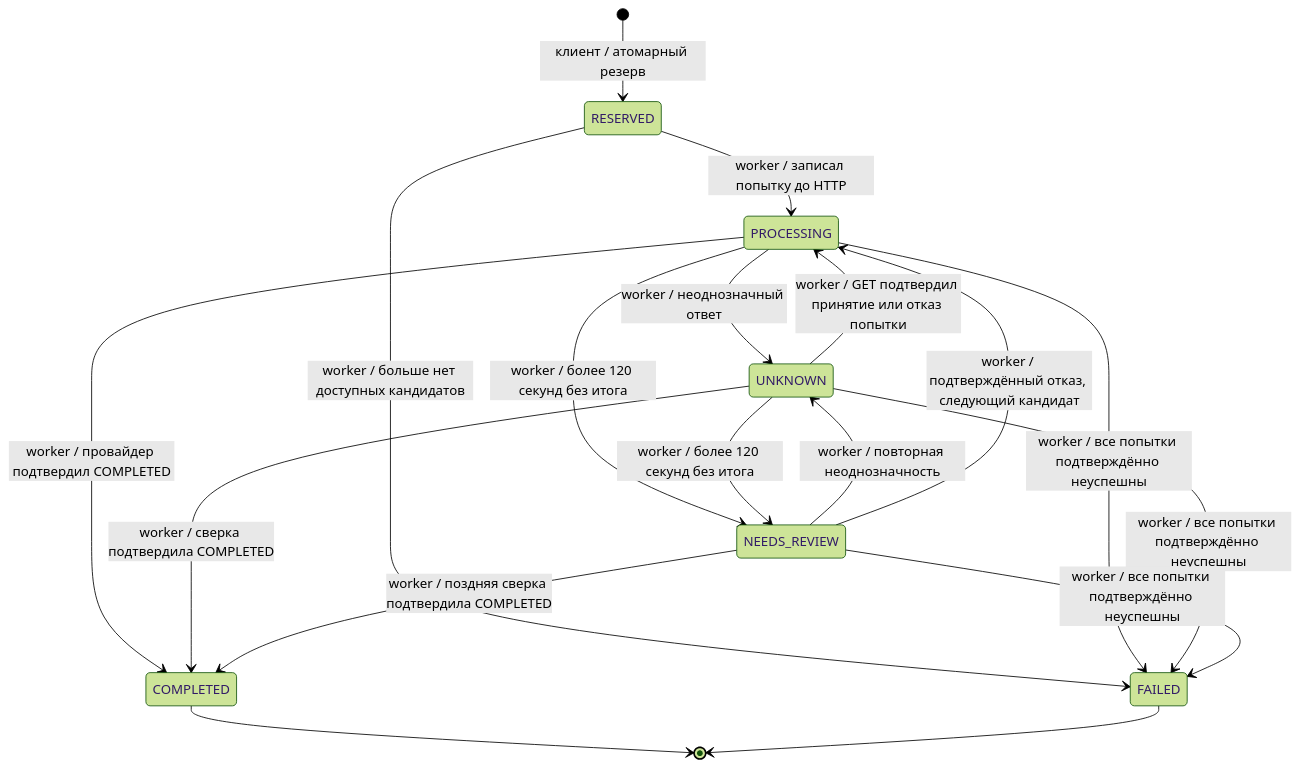
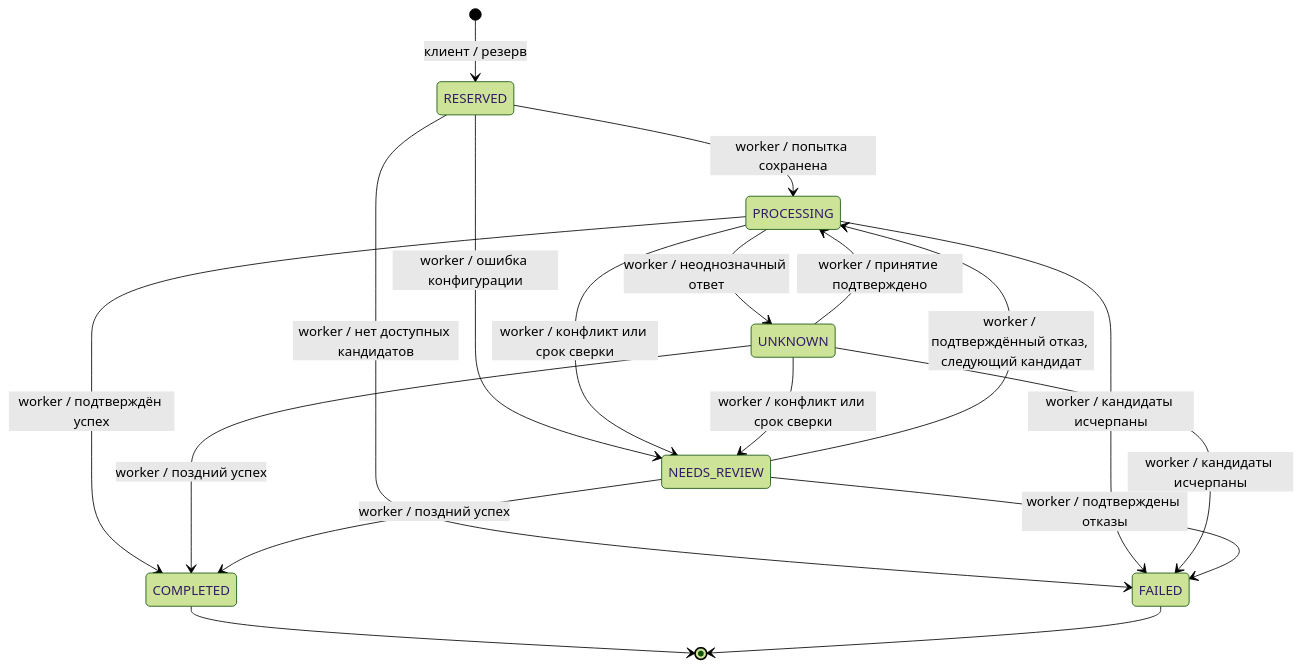
One commit to Alexandch/transfer-core-backend changed the diagram in DECISIONS.md. Above: the diagram before and after it, drawn with Mermaid (forest theme). The commit also changed other lines of this file and 10 other files, not shown here.

````diff
--- a/DECISIONS.md
+++ b/DECISIONS.md
@@ -16,20 +12,20 @@
 ```mermaid
 stateDiagram-v2
-    [*] --> RESERVED: клиент / атомарный резерв
-    RESERVED --> PROCESSING: worker / записал попытку до HTTP
-    RESERVED --> FAILED: worker / больше нет доступных кандидатов
+    [*] --> RESERVED: клиент / резерв
+    RESERVED --> PROCESSING: worker / попытка сохранена
+    RESERVED --> FAILED: worker / нет доступных кандидатов
+    RESERVED --> NEEDS_REVIEW: worker / ошибка конфигурации
     PROCESSING --> UNKNOWN: worker / неоднозначный ответ
-    UNKNOWN --> PROCESSING: worker / GET подтвердил принятие или отказ попытки
-    PROCESSING --> NEEDS_REVIEW: worker / более 120 секунд без итога
-    UNKNOWN --> NEEDS_REVIEW: worker / более 120 секунд без итога
-    NEEDS_REVIEW --> UNKNOWN: worker / повторная неоднозначность
+    UNKNOWN --> PROCESSING: worker / принятие подтверждено
+    PROCESSING --> NEEDS_REVIEW: worker / конфликт или срок сверки
+    UNKNOWN --> NEEDS_REVIEW: worker / конфликт или срок сверки
     NEEDS_REVIEW --> PROCESSING: worker / подтверждённый отказ, следующий кандидат
-    PROCESSING --> COMPLETED: worker / провайдер подтвердил COMPLETED
-    UNKNOWN --> COMPLETED: worker / сверка подтвердила COMPLETED
-    NEEDS_REVIEW --> COMPLETED: worker / поздняя сверка подтвердила COMPLETED
-    PROCESSING --> FAILED: worker / все попытки подтверждённо неуспешны
-    UNKNOWN --> FAILED: worker / все попытки подтверждённо неуспешны
-    NEEDS_REVIEW --> FAILED: worker / все попытки подтверждённо неуспешны
+    PROCESSING --> COMPLETED: worker / подтверждён успех
+    UNKNOWN --> COMPLETED: worker / поздний успех
+    NEEDS_REVIEW --> COMPLETED: worker / поздний успех
+    PROCESSING --> FAILED: worker / кандидаты исчерпаны
+    UNKNOWN --> FAILED: worker / кандидаты исчерпаны
+    NEEDS_REVIEW --> FAILED: worker / подтверждены отказы
     COMPLETED --> [*]
     FAILED --> [*]
 ```
````
